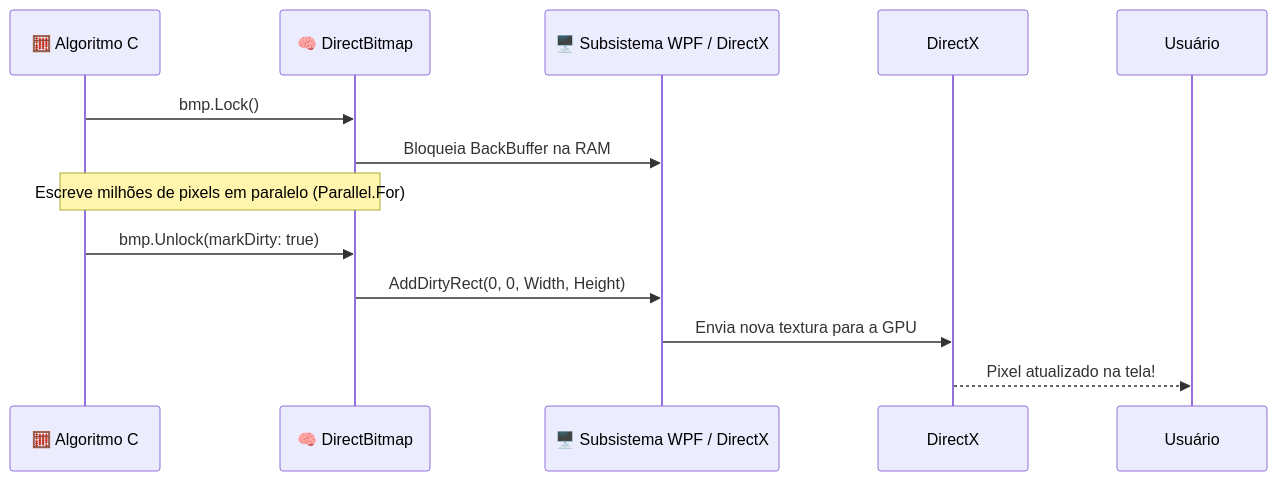
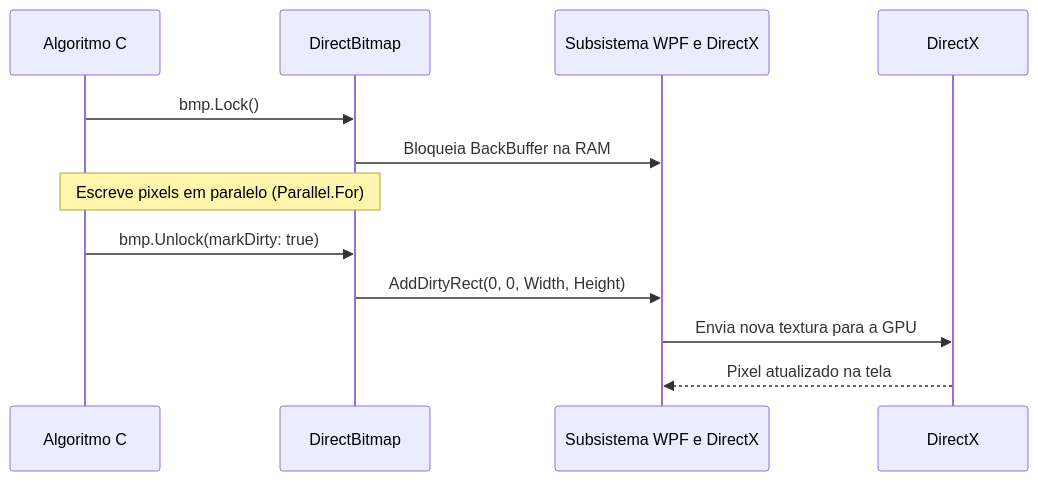
One commit to Gabriel-Freitas-S/CGPDI.StudyLab changed the diagram in docs/src/content/docs/arquitetura/wpf-e-xaml-explicados.md. Above: the diagram before and after it, drawn with Mermaid. The commit also changed other lines of this file and 35 other files, not shown here.

Commit message:
docs: aprimorar linguagem didatica e suporte nativo a diagramas Mermaid

````diff
--- a/docs/src/content/docs/arquitetura/wpf-e-xaml-explicados.md
+++ b/docs/src/content/docs/arquitetura/wpf-e-xaml-explicados.md
@@ -68,14 +68,14 @@
 ```mermaid
 sequenceDiagram
-    participant Algoritmo as 🧮 Algoritmo C#
-    participant DirectBitmap as 🧠 DirectBitmap
-    participant WPF as 🖥️ Subsistema WPF / DirectX
+    participant Algoritmo as Algoritmo C#
+    participant DirectBitmap as DirectBitmap
+    participant WPF as Subsistema WPF e DirectX
 
     Algoritmo->>DirectBitmap: bmp.Lock()
     DirectBitmap->>WPF: Bloqueia BackBuffer na RAM
-    Note over Algoritmo,DirectBitmap: Escreve milhões de pixels em paralelo (Parallel.For)
+    Note over Algoritmo,DirectBitmap: Escreve pixels em paralelo (Parallel.For)
     Algoritmo->>DirectBitmap: bmp.Unlock(markDirty: true)
     DirectBitmap->>WPF: AddDirtyRect(0, 0, Width, Height)
     WPF->>DirectX: Envia nova textura para a GPU
-    DirectX-->>Usuário: Pixel atualizado na tela!
+    DirectX-->>WPF: Pixel atualizado na tela
 ```
````
